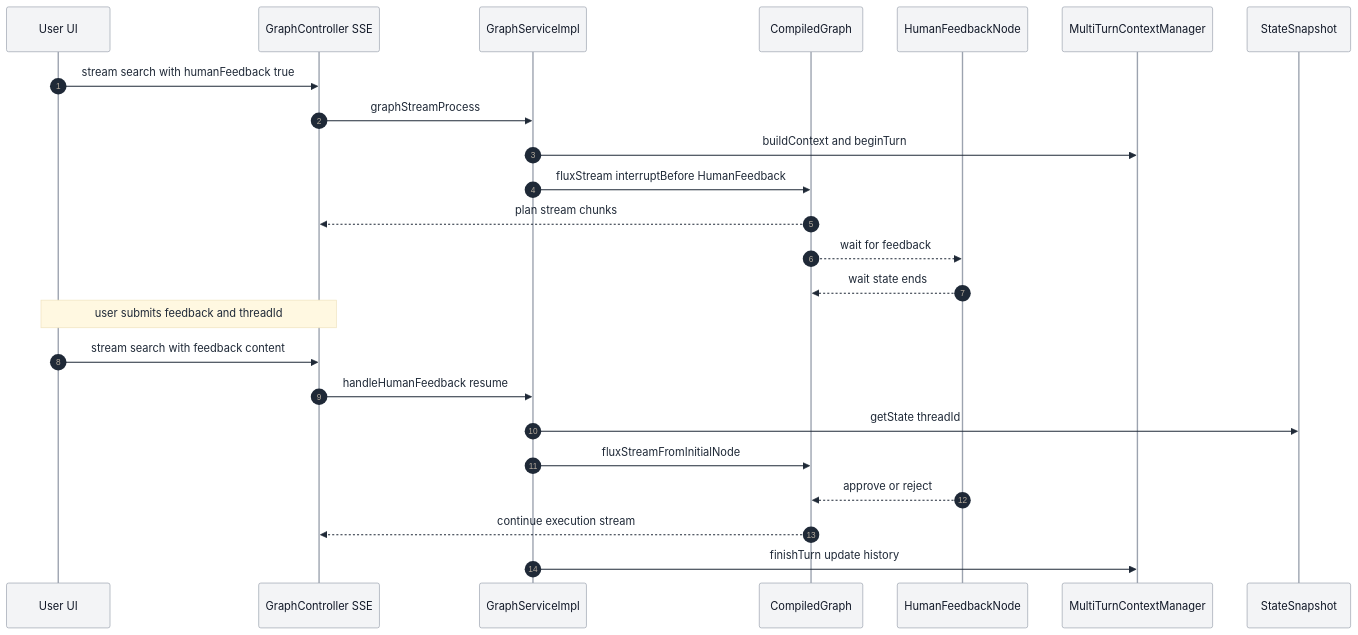
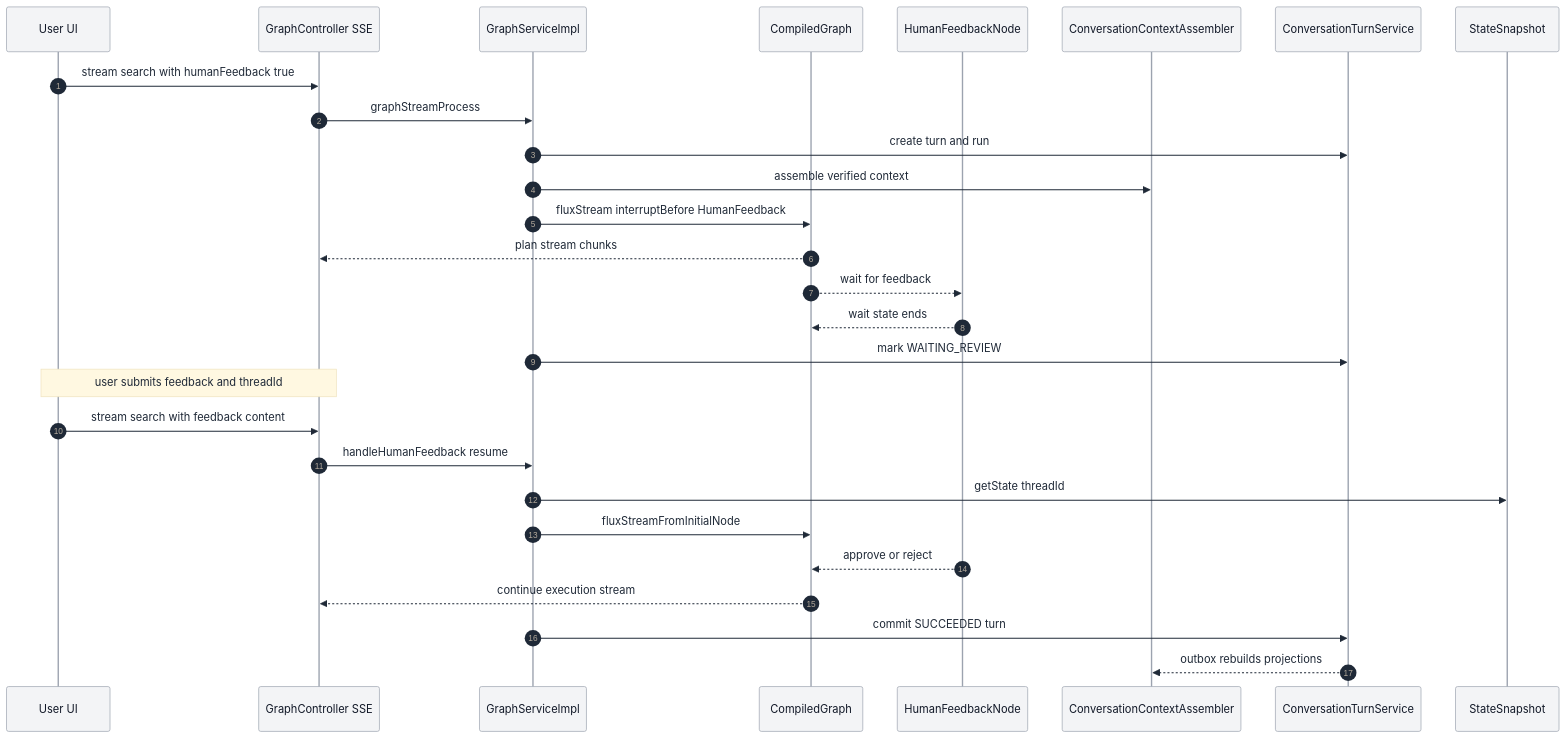
One commit to spring-ai-alibaba/DataAgent changed the fourth of 18 diagrams in docs/ARCHITECTURE.md. Above: the diagram before and after it, drawn with Mermaid. The commit also changed other lines of this file and 69 other files, not shown here.

````diff
--- a/docs/ARCHITECTURE.md
+++ b/docs/ARCHITECTURE.md
@@ -239,29 +242,33 @@
 ```mermaid
 %%{init: {"theme": "base", "themeVariables": {"primaryColor": "#E3F2FD", "primaryBorderColor": "#1E88E5", "primaryTextColor": "#1F2937", "lineColor": "#4B5563", "secondaryColor": "#E8F5E9", "tertiaryColor": "#FFF1D6", "actorBkg": "#F3F4F6", "actorBorder": "#9CA3AF", "actorTextColor": "#111827", "noteBkgColor": "#FFF8E1", "noteTextColor": "#1F2937"}}}%%
 sequenceDiagram
   autonumber
   participant U as User UI
   participant API as GraphController SSE
   participant GS as GraphServiceImpl
   participant G as CompiledGraph
   participant HF as HumanFeedbackNode
-  participant CTX as MultiTurnContextManager
+  participant CTX as ConversationContextAssembler
+  participant TURN as ConversationTurnService
   participant SS as StateSnapshot
 
   U->>API: stream search with humanFeedback true
   API->>GS: graphStreamProcess
-  GS->>CTX: buildContext and beginTurn
+  GS->>TURN: create turn and run
+  GS->>CTX: assemble verified context
   GS->>G: fluxStream interruptBefore HumanFeedback
   G-->>API: plan stream chunks
   G-->>HF: wait for feedback
   HF-->>G: wait state ends
+  GS->>TURN: mark WAITING_REVIEW
 
   Note over U,API: user submits feedback and threadId
   U->>API: stream search with feedback content
   API->>GS: handleHumanFeedback resume
   GS->>SS: getState threadId
   GS->>G: fluxStreamFromInitialNode
   HF-->>G: approve or reject
   G-->>API: continue execution stream
-  GS->>CTX: finishTurn update history
+  GS->>TURN: commit SUCCEEDED turn
+  TURN-->>CTX: outbox rebuilds projections
 ```
````
